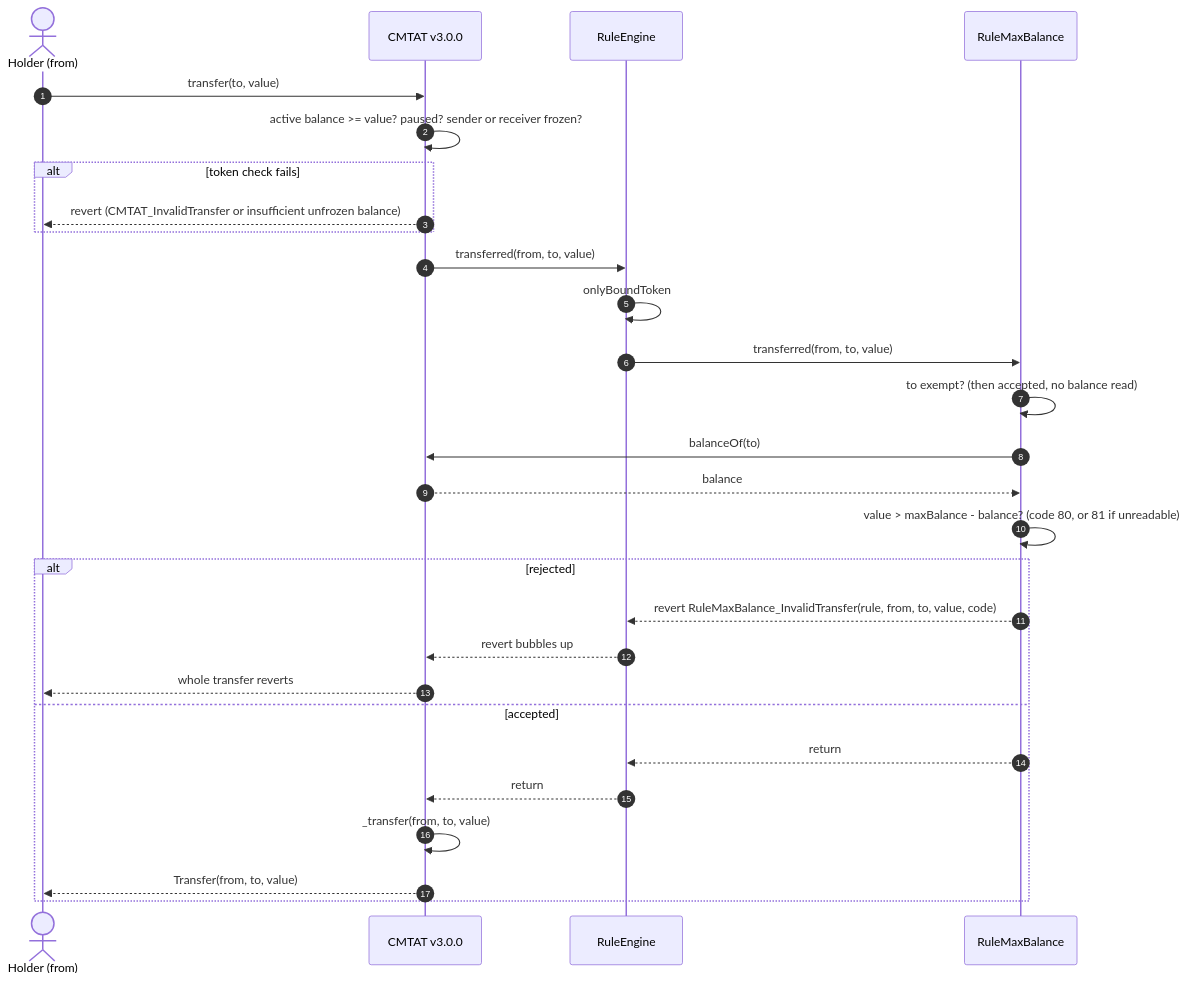
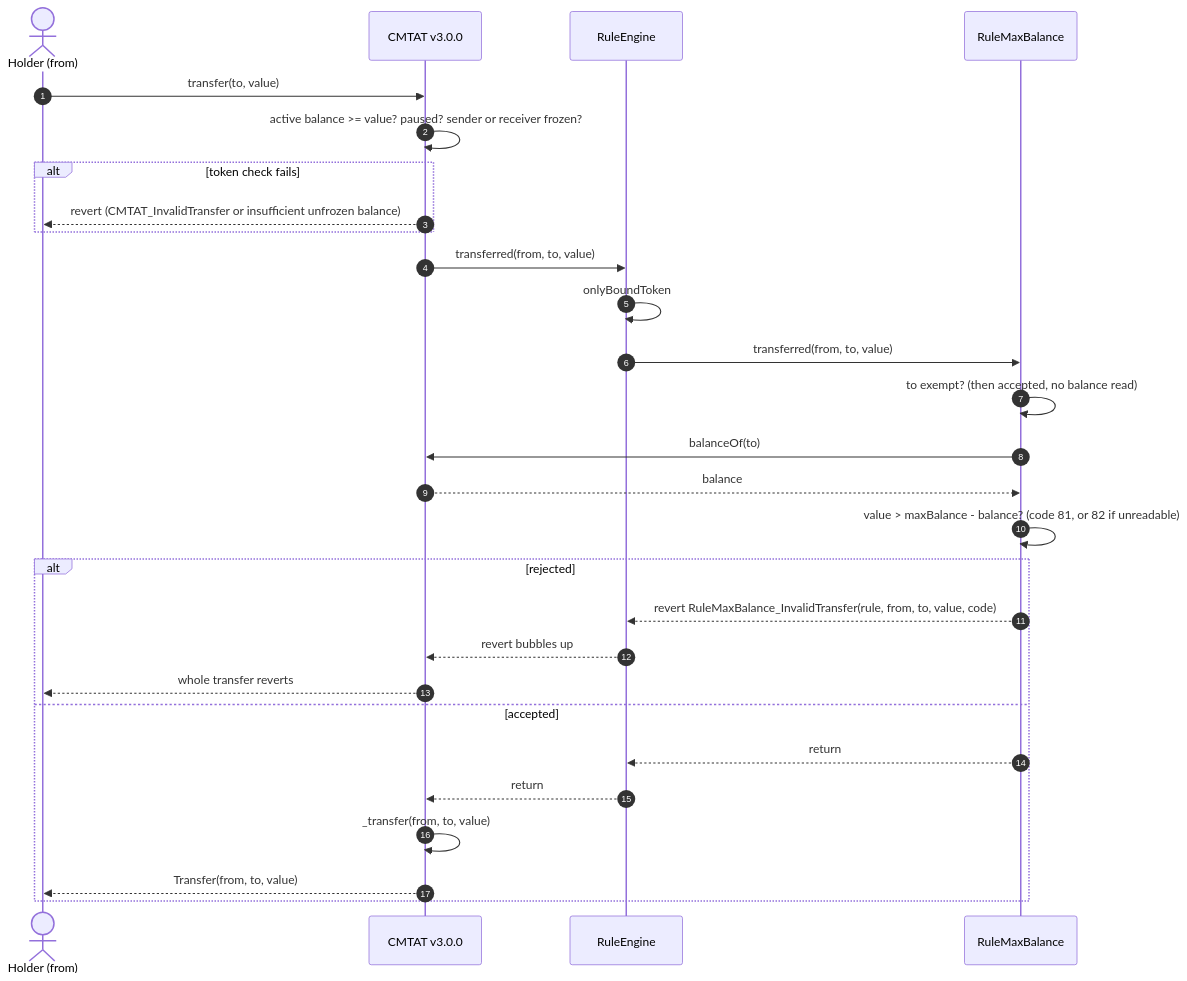
The eighth of 10 diagrams in doc/technical/guides/DEPLOY_RULE_MAX_BALANCE_CMTAT_V3.0.0.md (CMTA/Rules), drawn with Mermaid before and after one commit. The commit also changed other lines of this file and 298 other files, not shown here.

Commit message:
refactor: renumber RuleReceiverWhitelist (81 → 90) and RuleMaxBalance (82/83 → 81/82) so each rule keeps reserved restriction codes

````diff
--- a/doc/technical/guides/DEPLOY_RULE_MAX_BALANCE_CMTAT_V3.0.0.md
+++ b/doc/technical/guides/DEPLOY_RULE_MAX_BALANCE_CMTAT_V3.0.0.md
@@ -330,31 +330,31 @@
 ```mermaid
 sequenceDiagram
     autonumber
     actor Holder as Holder (from)
     participant Token as CMTAT v3.0.0
     participant Engine as RuleEngine
     participant Rule as RuleMaxBalance
 
     Holder->>Token: transfer(to, value)
     Token->>Token: active balance >= value? paused? sender or receiver frozen?
     alt token check fails
         Token-->>Holder: revert (CMTAT_InvalidTransfer or insufficient unfrozen balance)
     end
     Token->>Engine: transferred(from, to, value)
     Engine->>Engine: onlyBoundToken
     Engine->>Rule: transferred(from, to, value)
     Rule->>Rule: to exempt? (then accepted, no balance read)
     Rule->>Token: balanceOf(to)
     Token-->>Rule: balance
-    Rule->>Rule: value > maxBalance - balance? (code 80, or 81 if unreadable)
+    Rule->>Rule: value > maxBalance - balance? (code 81, or 82 if unreadable)
     alt rejected
         Rule-->>Engine: revert RuleMaxBalance_InvalidTransfer(rule, from, to, value, code)
         Engine-->>Token: revert bubbles up
         Token-->>Holder: whole transfer reverts
     else accepted
         Rule-->>Engine: return
         Engine-->>Token: return
         Token->>Token: _transfer(from, to, value)
         Token-->>Holder: Transfer(from, to, value)
     end
 ```
````
